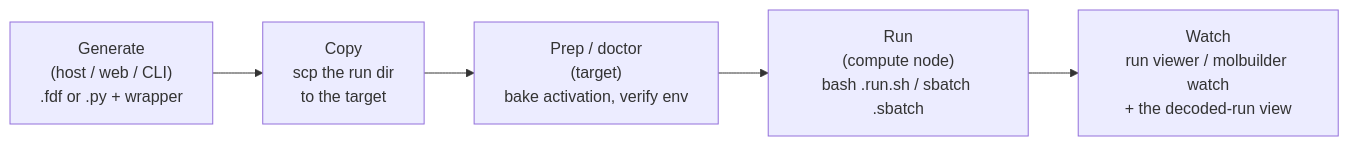
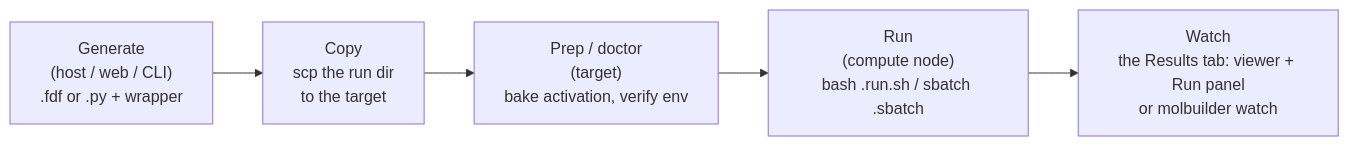
One commit to Qing-LAB/molbuilder changed the first of 6 diagrams in docs/execution/running-a-job.md. Above: the diagram before and after it, drawn with Mermaid. The commit also changed other lines of this file and 16 other files, not shown here.

````diff
--- a/docs/execution/running-a-job.md
+++ b/docs/execution/running-a-job.md
@@ -28,9 +28,9 @@
 ```mermaid
 flowchart LR
     G["Generate<br/>(host / web / CLI)<br/>.fdf or .py + wrapper"]
     C["Copy<br/>scp the run dir<br/>to the target"]
     P["Prep / doctor<br/>(target)<br/>bake activation, verify env"]
     R["Run<br/>(compute node)<br/>bash .run.sh / sbatch .sbatch"]
-    W["Watch<br/>run viewer / molbuilder watch<br/>+ the decoded-run view"]
+    W["Watch<br/>the Results tab: viewer + Run panel<br/>or molbuilder watch"]
     G --> C --> P --> R --> W
 ```
````
